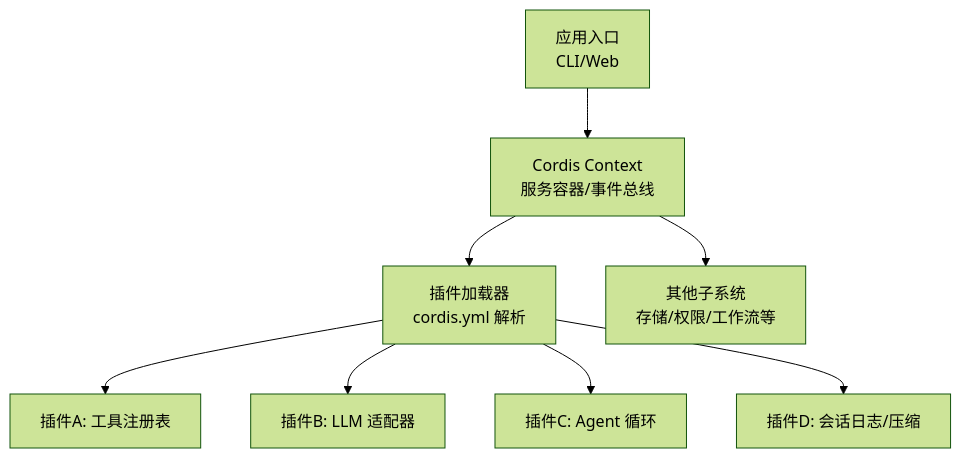
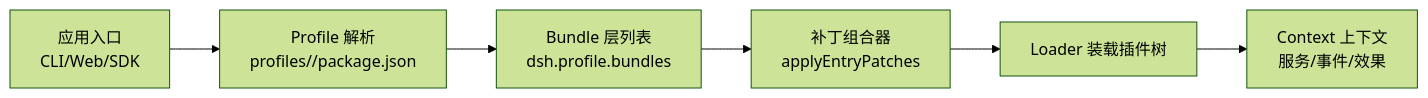
The first of 7 diagrams in .qoder/repowiki/zh/content/架构设计/插件系统.md (frendyxzc/deepseek-harness), drawn with Mermaid (forest theme) before and after one commit. The commit also changed other lines of this file and 448 other files, not shown here.

````diff
--- a/.qoder/repowiki/zh/content/架构设计/插件系统.md
+++ b/.qoder/repowiki/zh/content/架构设计/插件系统.md
@@ -38,10 +38,8 @@
 ```mermaid
-graph TB
-A["应用入口<br/>CLI/Web"] --> B["Cordis Context<br/>服务容器/事件总线"]
-B --> C["插件加载器<br/>cordis.yml 解析"]
-C --> D["插件A: 工具注册表"]
-C --> E["插件B: LLM 适配器"]
-C --> F["插件C: Agent 循环"]
-C --> G["插件D: 会话日志/压缩"]
-B --> H["其他子系统<br/>存储/权限/工作流等"]
+flowchart LR
+A["应用入口<br/>CLI/Web/SDK"] --> B["Profile 解析<br/>profiles/<name>/package.json"]
+B --> C["Bundle 层列表<br/>dsh.profile.bundles"]
+C --> D["补丁组合器<br/>applyEntryPatches"]
+D --> E["Loader 装载插件树"]
+E --> F["Context 上下文<br/>服务/事件/效果"]
 ```
````
